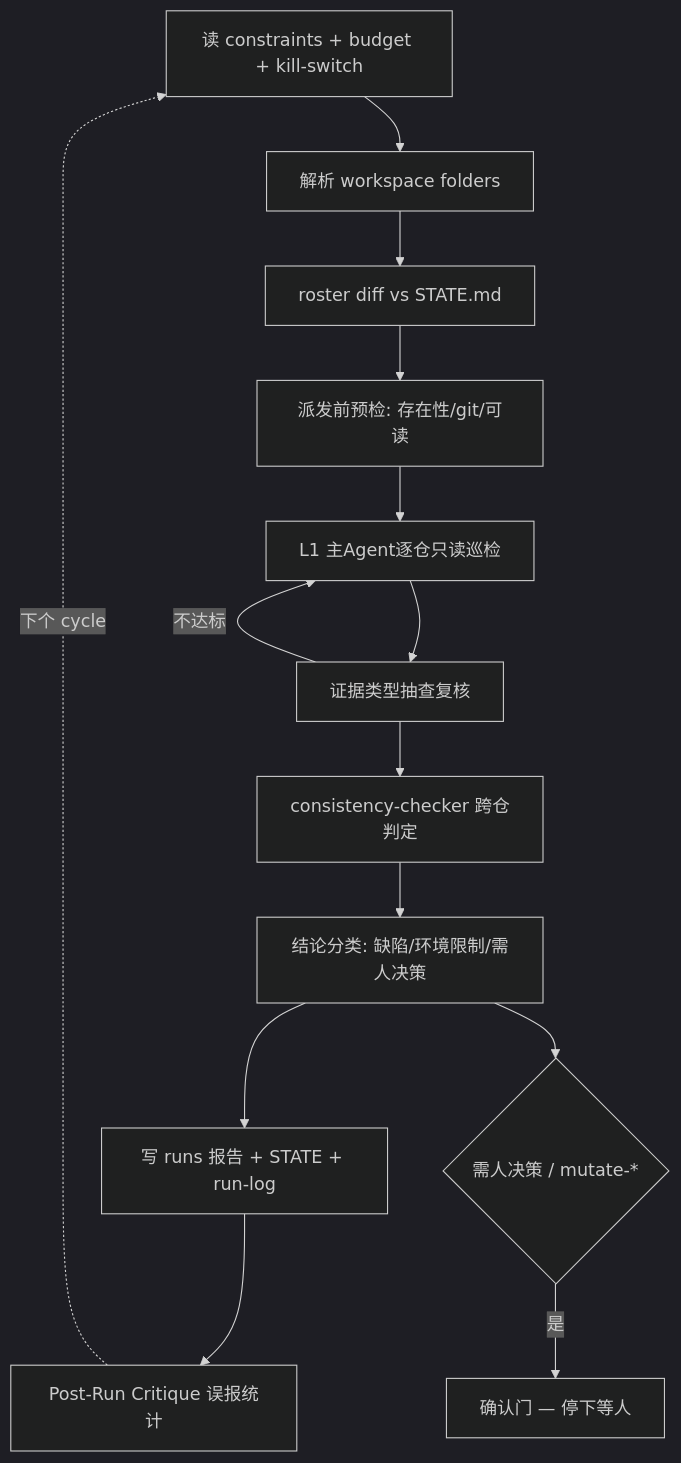
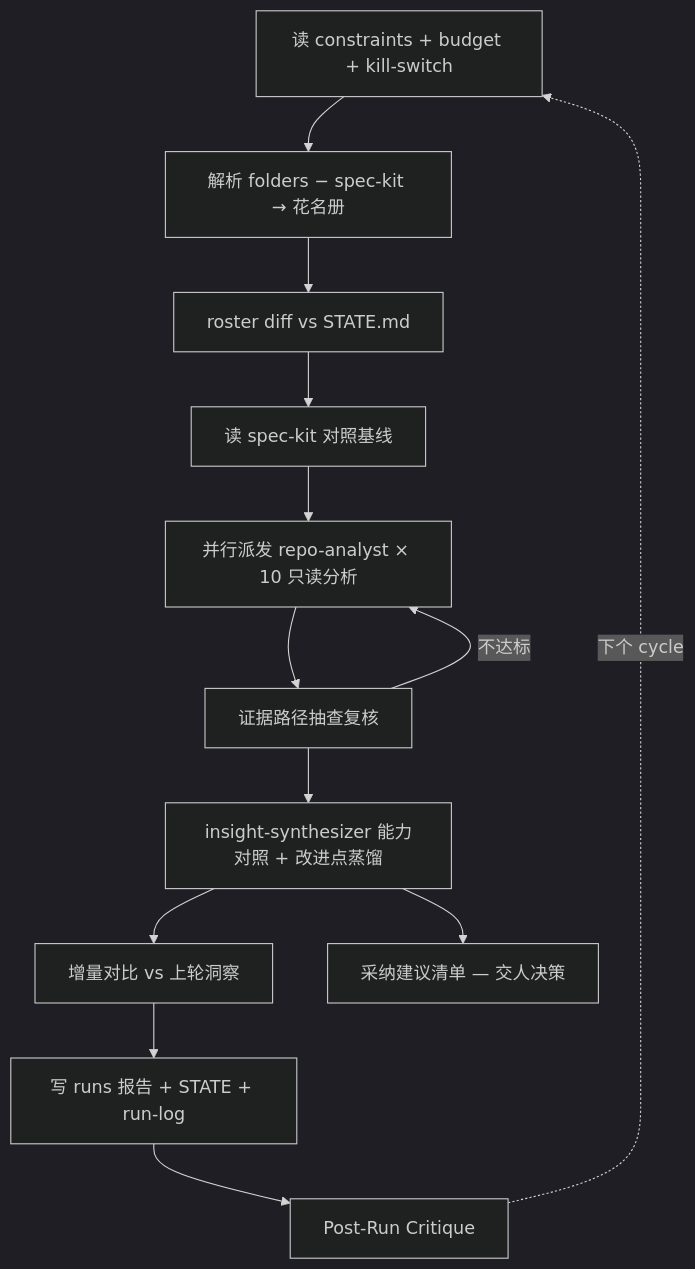
The diagram in .specify/teams/cws-workspace-cluster/team.md (cloud-native-ai/spec-kit), drawn with Mermaid (dark theme) before and after one commit. The commit also changed other lines of this file and 146 other files, not shown here.

````diff
--- a/.specify/teams/cws-workspace-cluster/team.md
+++ b/.specify/teams/cws-workspace-cluster/team.md
@@ -201,16 +178,15 @@
 ```mermaid
 flowchart TD
-    A[读 constraints + budget + kill-switch] --> B[解析 workspace folders]
+    A[读 constraints + budget + kill-switch] --> B[解析 folders − spec-kit → 花名册]
     B --> C[roster diff vs STATE.md]
-    C --> D[派发前预检: 存在性/git/可读]
-    D --> E[L1 主Agent逐仓只读巡检]
-    E --> F[证据类型抽查复核]
+    C --> D[读 spec-kit 对照基线]
+    D --> E[并行派发 repo-analyst × 10 只读分析]
+    E --> F[证据路径抽查复核]
     F -->|不达标| E
-    F --> G[consistency-checker 跨仓判定]
-    G --> H[结论分类: 缺陷/环境限制/需人决策]
+    F --> G[insight-synthesizer 能力对照 + 改进点蒸馏]
+    G --> H[增量对比 vs 上轮洞察]
     H --> I[写 runs 报告 + STATE + run-log]
-    I --> J[Post-Run Critique 误报统计]
+    I --> J[Post-Run Critique]
     J -.->|下个 cycle| A
-    H --> K{需人决策 / mutate-*}
-    K -->|是| L[确认门 — 停下等人]
+    G --> K[采纳建议清单 — 交人决策]
 ```
````
